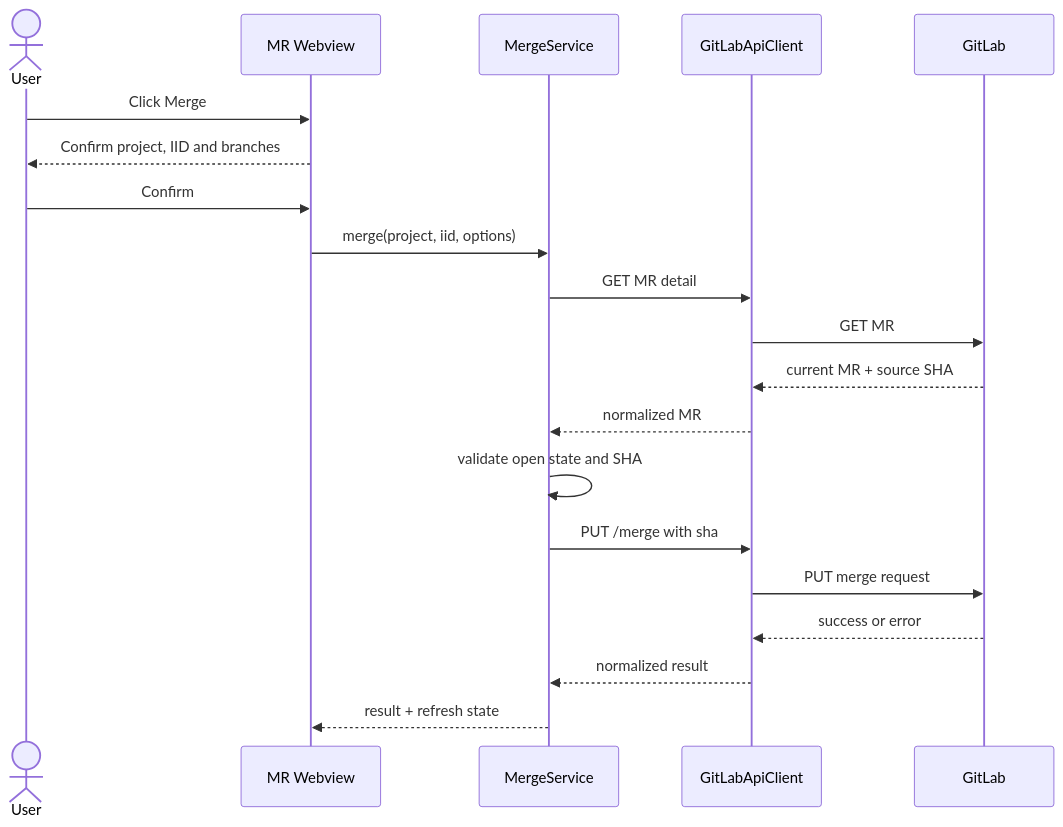
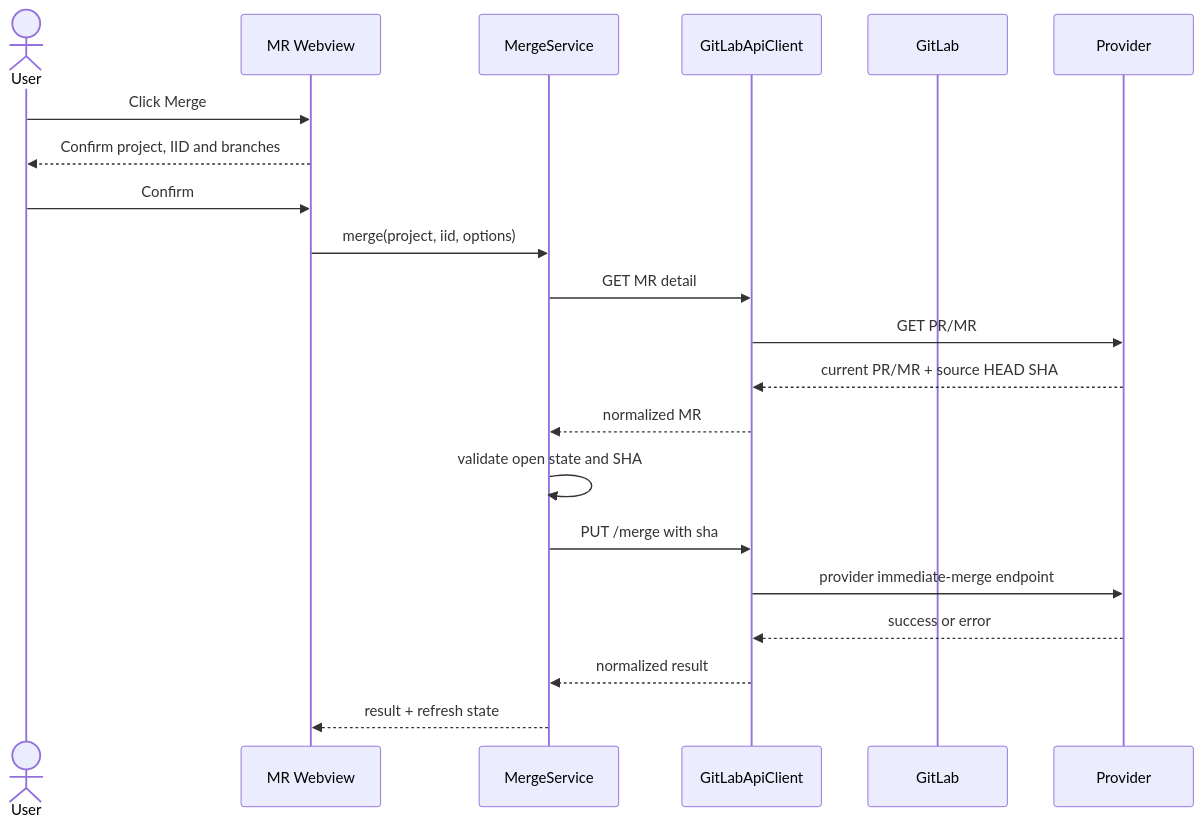
One commit to minh-lb/vscode-reviewdock changed the fifth of 5 diagrams in docs/SDS.md. Above: the diagram before and after it, drawn with Mermaid. The commit also changed other lines of this file, not shown here.

Commit message:
docs: make SDS provider-neutral and preserve review semantics

```diff
--- a/docs/SDS.md
+++ b/docs/SDS.md
@@ -489,23 +569,23 @@
 ~~~mermaid
 sequenceDiagram
   actor User
   participant UI as MR Webview
   participant Merge as MergeService
   participant API as GitLabApiClient
   participant GL as GitLab
 
   User->>UI: Click Merge
   UI-->>User: Confirm project, IID and branches
   User->>UI: Confirm
   UI->>Merge: merge(project, iid, options)
   Merge->>API: GET MR detail
-  API->>GL: GET MR
-  GL-->>API: current MR + source SHA
+  API->>Provider: GET PR/MR
+  Provider-->>API: current PR/MR + source HEAD SHA
   API-->>Merge: normalized MR
   Merge->>Merge: validate open state and SHA
   Merge->>API: PUT /merge with sha
-  API->>GL: PUT merge request
-  GL-->>API: success or error
+  API->>Provider: provider immediate-merge endpoint
+  Provider-->>API: success or error
   API-->>Merge: normalized result
   Merge-->>UI: result + refresh state
 ~~~
```
